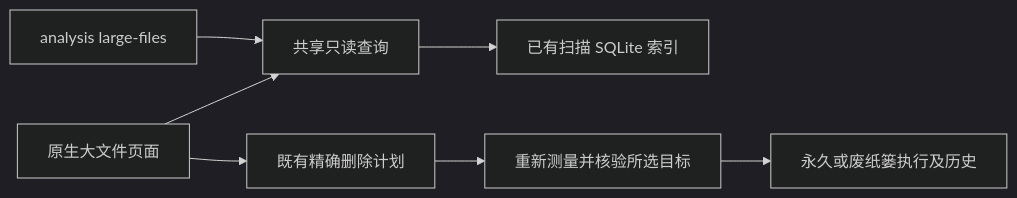
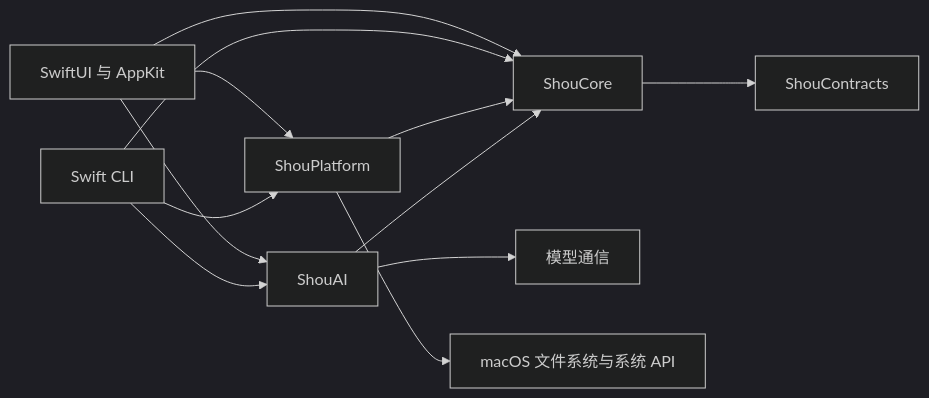
Before and after one commit to limecloud/shou: the second of 3 diagrams in docs/zh-CN/architecture/system-design.md, drawn with Mermaid (dark theme). The commit also changed other lines of this file and 312 other files, not shown here.

````diff
--- a/docs/zh-CN/architecture/system-design.md
+++ b/docs/zh-CN/architecture/system-design.md
@@ -326,9 +52,14 @@
 ```mermaid
 flowchart LR
-  GUI[原生大文件页面] --> Query[共享只读查询]
-  CLI[analysis large-files] --> Query
-  Query --> Catalog[已有扫描 SQLite 索引]
-  GUI --> Plan[既有精确删除计划]
-  Plan --> Verify[重新测量并核验所选目标]
-  Verify --> Execute[永久或废纸篓执行及历史]
+    Mac[SwiftUI 与 AppKit] --> Core[ShouCore]
+    CLI[Swift CLI] --> Core
+    Mac --> Platform[ShouPlatform]
+    CLI --> Platform
+    Platform --> Core
+    Core --> Contracts[ShouContracts]
+    Mac --> AI[ShouAI]
+    CLI --> AI
+    AI --> Core
+    AI --> Model[模型通信]
+    Platform --> Files[macOS 文件系统与系统 API]
 ```
````
